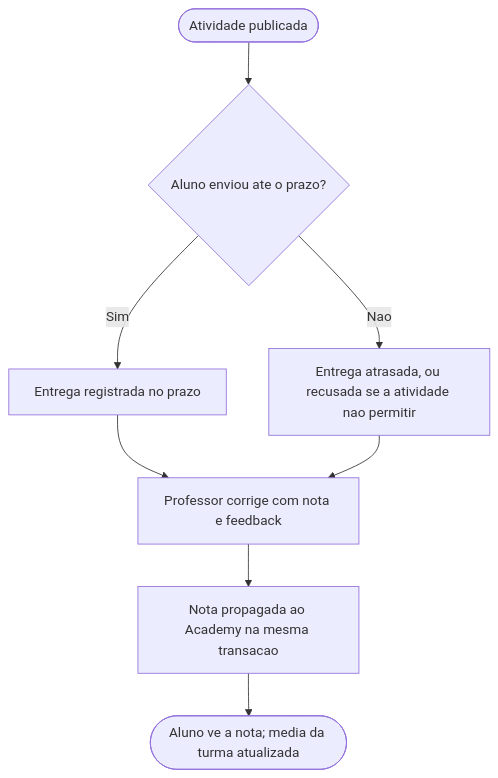
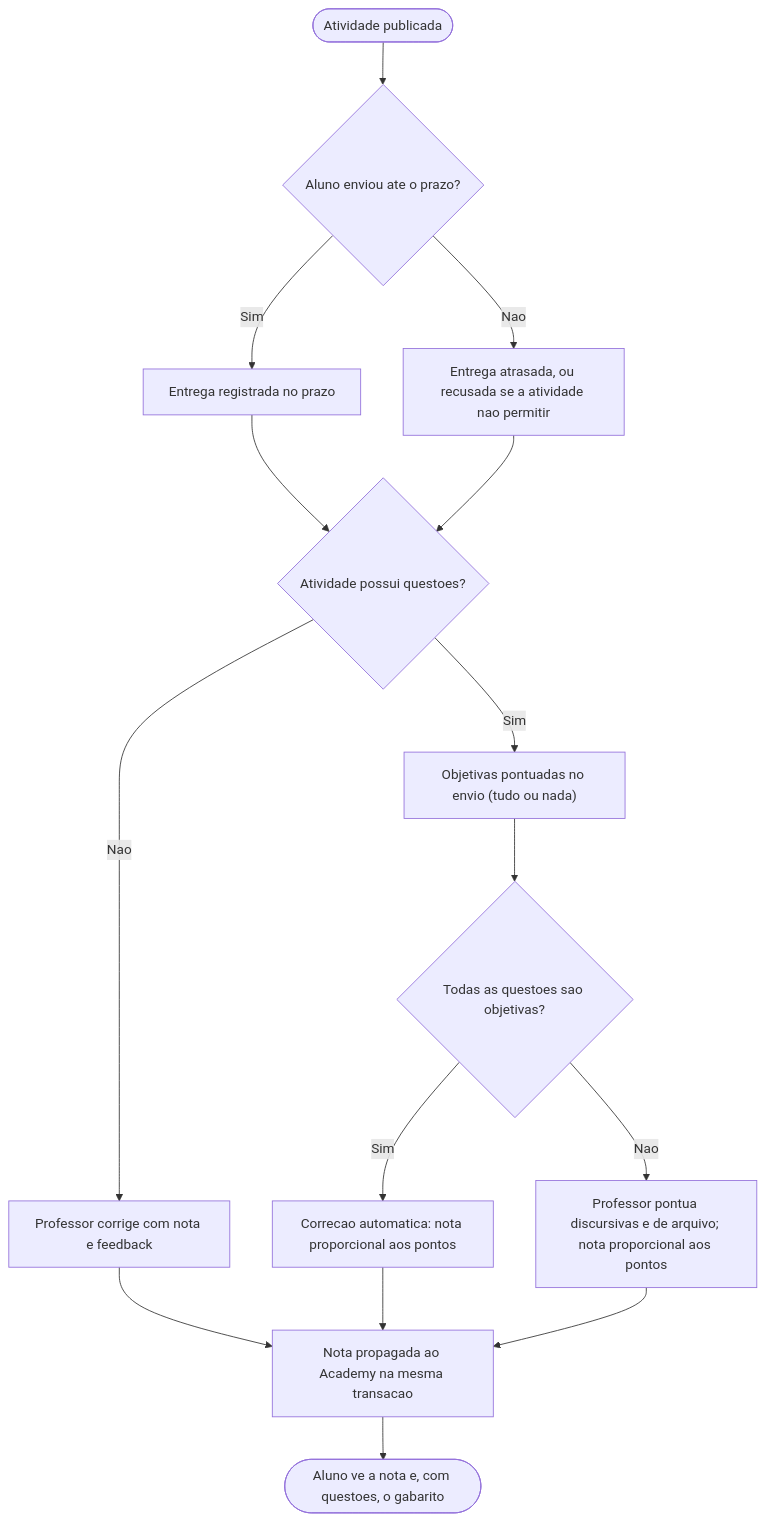
Before and after one commit to bebberjoao/RoosterOneBackend: the diagram in docs/diagramas/src/ativ-atividade-2.mmd, drawn with Mermaid. The commit also changed 30 other files, not shown here.

```diff
--- a/docs/diagramas/src/ativ-atividade-2.mmd
+++ b/docs/diagramas/src/ativ-atividade-2.mmd
@@ -1,8 +1,15 @@
 flowchart TD
   A([Atividade publicada]) --> B{"Aluno enviou ate o prazo?"}
   B -->|Sim| C["Entrega registrada no prazo"]
   B -->|Nao| D["Entrega atrasada, ou recusada se a atividade nao permitir"]
-  C --> E["Professor corrige com nota e feedback"]
-  D --> E
+  C --> Q{"Atividade possui questoes?"}
+  D --> Q
+  Q -->|Nao| E["Professor corrige com nota e feedback"]
+  Q -->|Sim| H["Objetivas pontuadas no envio (tudo ou nada)"]
+  H --> I{"Todas as questoes sao objetivas?"}
+  I -->|Sim| J["Correcao automatica: nota proporcional aos pontos"]
+  I -->|Nao| K["Professor pontua discursivas e de arquivo; nota proporcional aos pontos"]
   E --> F["Nota propagada ao Academy na mesma transacao"]
-  F --> G([Aluno ve a nota; media da turma atualizada])
+  J --> F
+  K --> F
+  F --> G([Aluno ve a nota e, com questoes, o gabarito])
```
